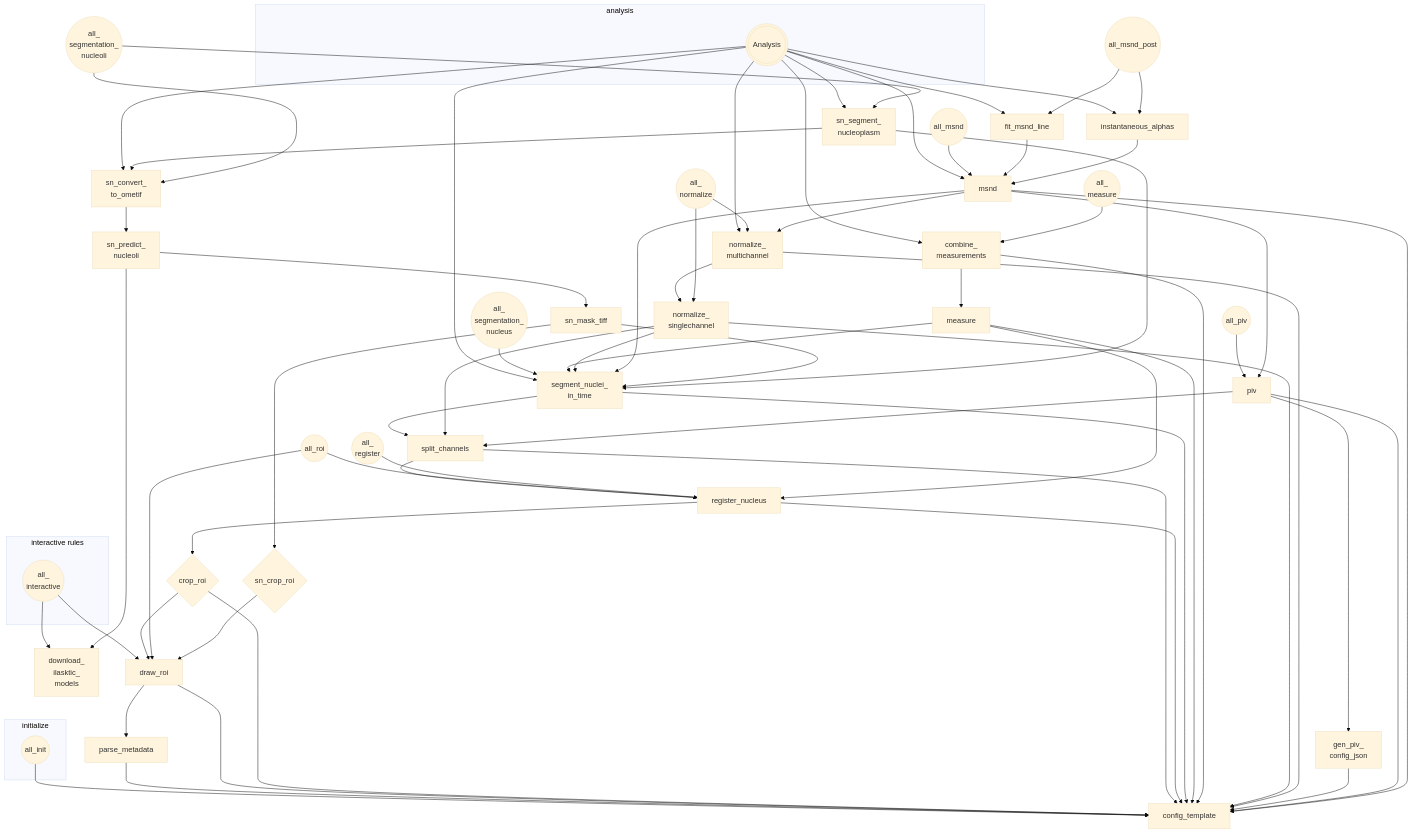
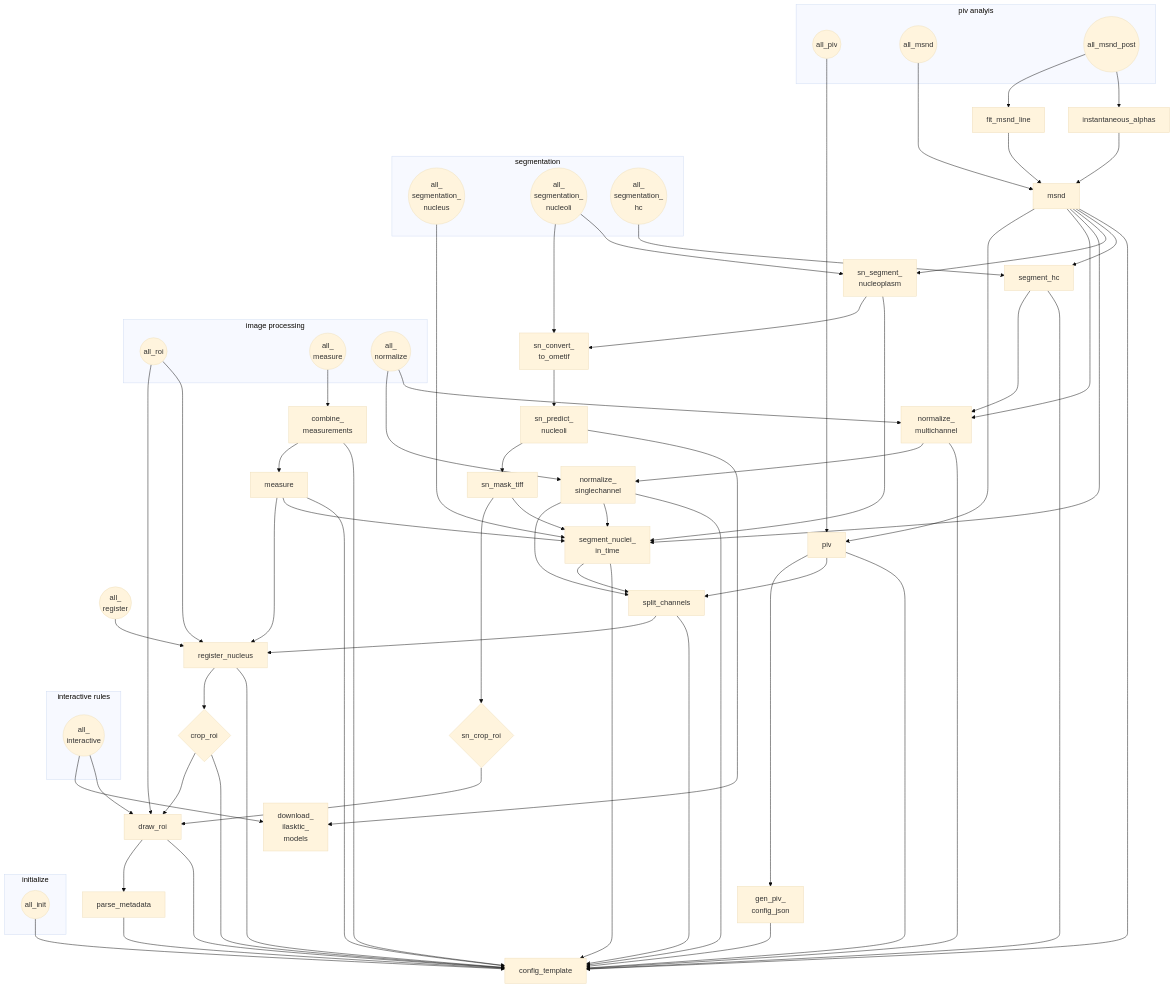
One commit to yichechang/alu-mobility changed the diagram in README.md. Above: the diagram before and after it, drawn with Mermaid (base theme). The commit also changed 6 other files, not shown here.

First line of the commit message:
Exclude heterochromtin from MSND analysis (#36)

````diff
--- a/README.md
+++ b/README.md
@@ -14,9 +14,5 @@
 ```mermaid
 graph TD
-    subgraph analysis
-    A(((Analysis)))
-    end
-    A(((Analysis))) --> B14 & B15 & A91 & A92 & A81 & A52 & A31 & A42
 
     subgraph initialize
     A99((all_init))
@@ -24,6 +20,24 @@
 
     subgraph interactive rules
     A98((all_<br>interactive))
+    end
+
+    subgraph segmentation
+    A2
+    B1
+    B2
+    end
+
+    subgraph piv analyis
+    A6
+    A8
+    A9
+    end
+
+    subgraph image processing
+    A1
+    A4
+    A5
     end
 
     A1((all_roi))
@@ -41,7 +55,8 @@
     A9((all_msnd_post))
 
     B1((all_<br>segmentation_<br>nucleoli))    
-
+    B2((all_<br>segmentation_<br>hc))
+  
     A01[config_template]
     A99 --> A01
 
@@ -73,7 +88,7 @@
     A6 --> A62
 
 
-    A81[msnd] --> A62 & A52 & A31 & A01
+    A81[msnd] --> A62 & A52 & A31 & B15 & B21 & A01
     A8 --> A81
 
 
@@ -87,4 +102,7 @@
     B14[sn_convert_<br>to_ometif] --> B13
     B15[sn_segment_<br>nucleoplasm] --> B14 & A31
     B1 --> B14 & B15
+
+    B21[segment_hc] --> A52 & A01
+    B2 --> B21
 ```
````
